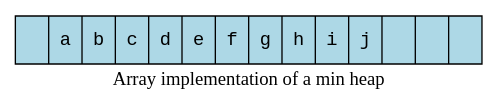
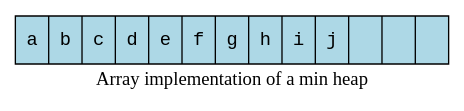
One commit to DaveParillo/cisc187-reader changed the second of 11 diagrams in src/trees/heap.rst. Above: the diagram before and after it, drawn with Graphviz. The commit also changed other lines of this file and 25 other files, not shown here.

```diff
--- a/src/trees/heap.rst
+++ b/src/trees/heap.rst
@@ -151,22 +147,22 @@
 .. graphviz::
    :alt: Array representation of a min heap
    :align: center
 
 
    digraph c {
      rankdir=LR
      fontname = "Bitstream Vera Sans"
      label="Array implementation of a min heap"
 
      node [
         fontname = "Courier"
         fontsize = 14
         shape = "record"
         style=filled
         fillcolor=lightblue
      ]
      arr [
-        label = "{ |a|b|c|d|e|f|g|h|i|j| | | }"
+        label = "{a|b|c|d|e|f|g|h|i|j| | | }"
      ]
 
    }
```
